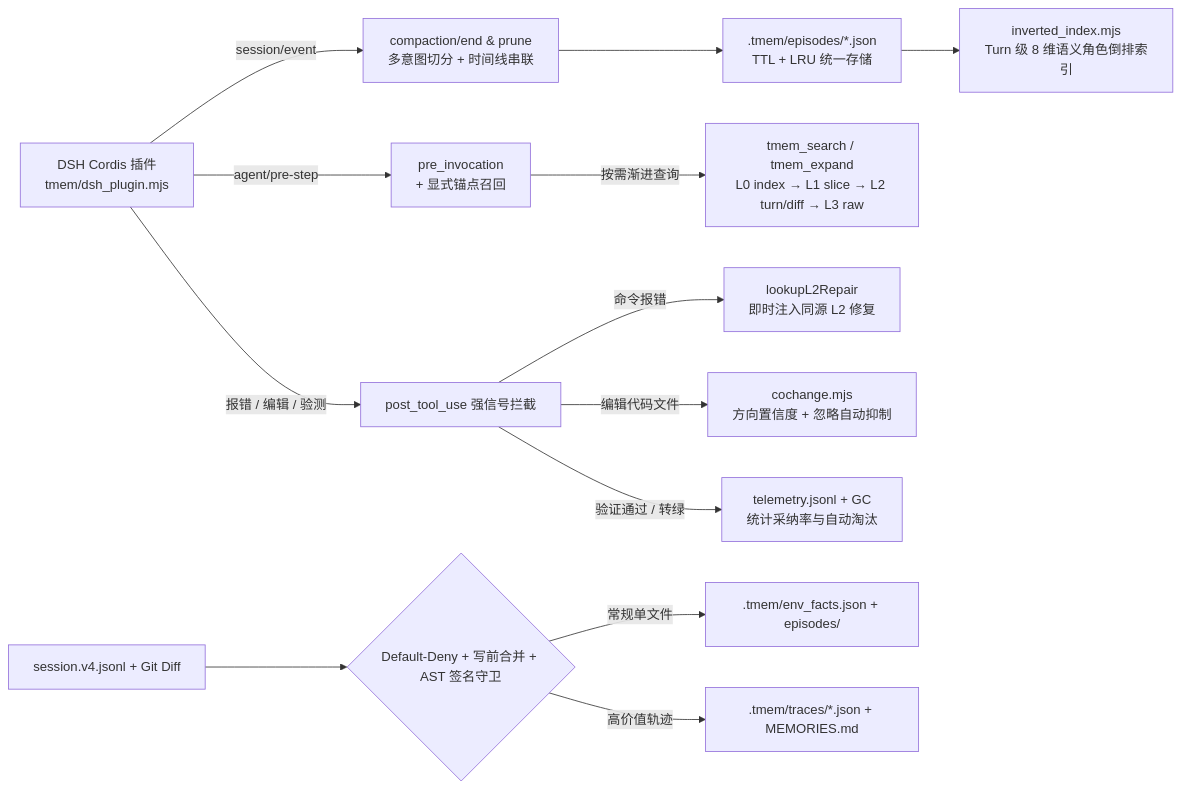
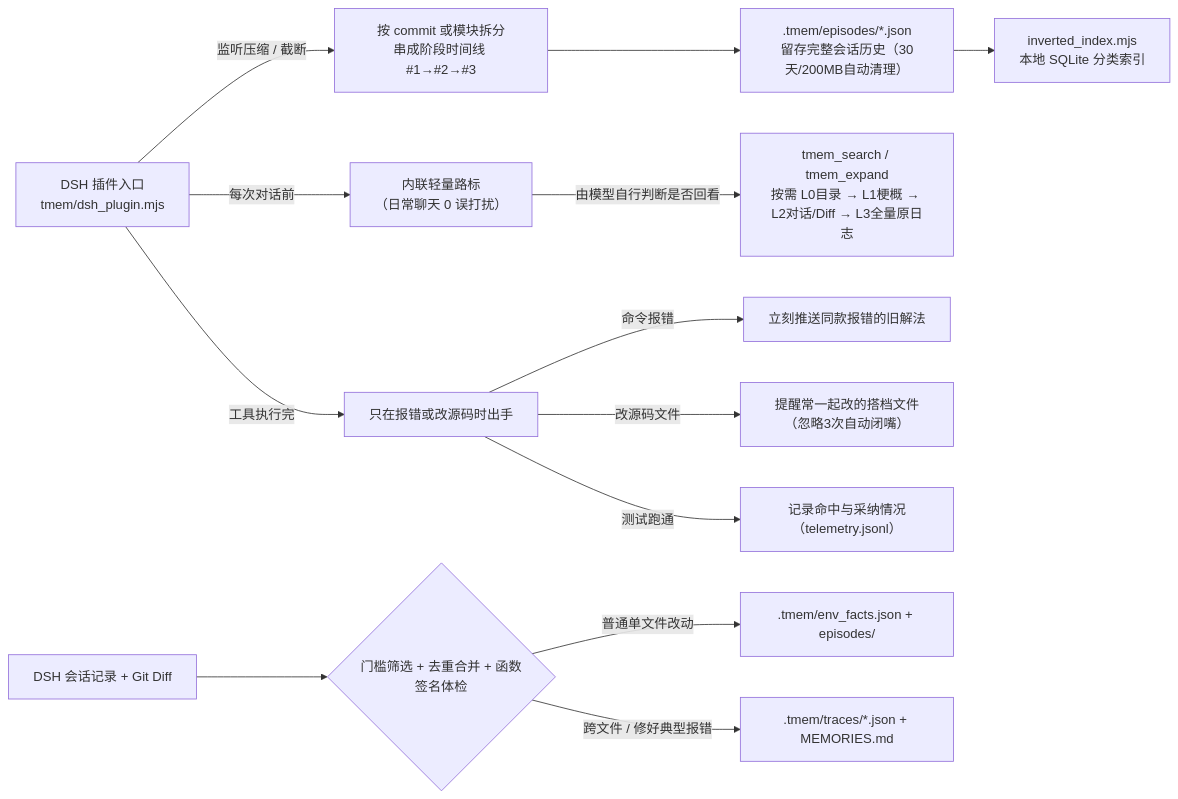
One commit to kentzjh-cmd/tmem changed the diagram in README.md. Above: the diagram before and after it, drawn with Mermaid. The commit also changed other lines of this file and 4 other files, not shown here.

````diff
--- a/README.md
+++ b/README.md
@@ -57,15 +61,15 @@
 ```mermaid
 flowchart LR
-    DSH["DSH Cordis 插件<br/>tmem/dsh_plugin.mjs"] -->|"session/event"| Cmp["compaction/end & prune<br/>多意图切分 + 时间线串联"]
-    Cmp --> Eps[".tmem/episodes/*.json<br/>TTL + LRU 统一存储"]
-    Eps --> Inv["inverted_index.mjs<br/>Turn 级 8 维语义角色倒排索引"]
-    DSH -->|"agent/pre-step"| Pre["pre_invocation<br/><tmem_compacted_index> + 显式锚点召回"]
-    Pre -->|"按需渐进查询"| Tools["tmem_search / tmem_expand<br/>L0 index → L1 slice → L2 turn/diff → L3 raw"]
-    DSH -->|"报错 / 编辑 / 验测"| Post["post_tool_use 强信号拦截"]
-    Post -->|"命令报错"| L2["lookupL2Repair<br/>即时注入同源 L2 修复"]
-    Post -->|"编辑代码文件"| L1["cochange.mjs<br/>方向置信度 + 忽略自动抑制"]
-    Post -->|"验证通过 / 转绿"| Tel["telemetry.jsonl + GC<br/>统计采纳率与自动淘汰"]
-    Log["session.v4.jsonl + Git Diff"] --> Gate{"Default-Deny + 写前合并 + AST 签名守卫"}
-    Gate -->|"常规单文件"| Env[".tmem/env_facts.json + episodes/"]
-    Gate -->|"高价值轨迹"| Traces[".tmem/traces/*.json + MEMORIES.md"]
+    DSH["DSH 插件入口<br/>tmem/dsh_plugin.mjs"] -->|"监听压缩 / 截断"| Cmp["按 commit 或模块拆分<br/>串成阶段时间线 #1→#2→#3"]
+    Cmp --> Eps[".tmem/episodes/*.json<br/>留存完整会话历史（30天/200MB自动清理）"]
+    Eps --> Inv["inverted_index.mjs<br/>本地 SQLite 分类索引"]
+    DSH -->|"每次对话前"| Pre["内联轻量路标 <tmem_compacted_index><br/>（日常聊天 0 误打扰）"]
+    Pre -->|"由模型自行判断是否回看"| Tools["tmem_search / tmem_expand<br/>按需 L0目录 → L1梗概 → L2对话/Diff → L3全量原日志"]
+    DSH -->|"工具执行完"| Post["只在报错或改源码时出手"]
+    Post -->|"命令报错"| L2["立刻推送同款报错的旧解法"]
+    Post -->|"改源码文件"| L1["提醒常一起改的搭档文件（忽略3次自动闭嘴）"]
+    Post -->|"测试跑通"| Tel["记录命中与采纳情况（telemetry.jsonl）"]
+    Log["DSH 会话记录 + Git Diff"] --> Gate{"门槛筛选 + 去重合并 + 函数签名体检"}
+    Gate -->|"普通单文件改动"| Env[".tmem/env_facts.json + episodes/"]
+    Gate -->|"跨文件 / 修好典型报错"| Traces[".tmem/traces/*.json + MEMORIES.md"]
 ```
````
